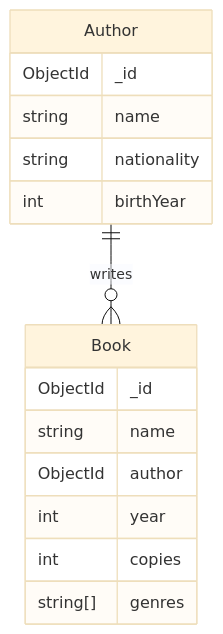
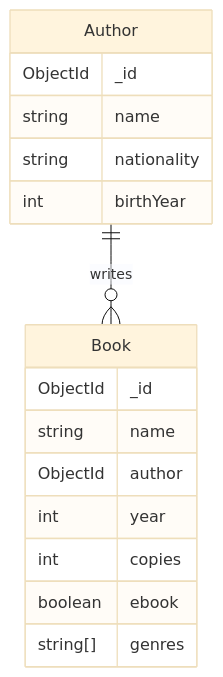
The diagram in material/3-mongo-operations.md (Kaltsoon/nosql), drawn with Mermaid (base theme) before and after one commit. The commit also changed other lines of this file, not shown here.

````diff
--- a/material/3-mongo-operations.md
+++ b/material/3-mongo-operations.md
@@ -100,20 +100,21 @@
 ```mermaid
 erDiagram
     Author ||--o{ Book : writes
 
     Author {
         ObjectId _id
         string name
         string nationality
         int birthYear
     }
 
     Book {
         ObjectId _id
         string name
         ObjectId author
         int year
         int copies
+        boolean ebook
         string[] genres
     }
 ```
````
